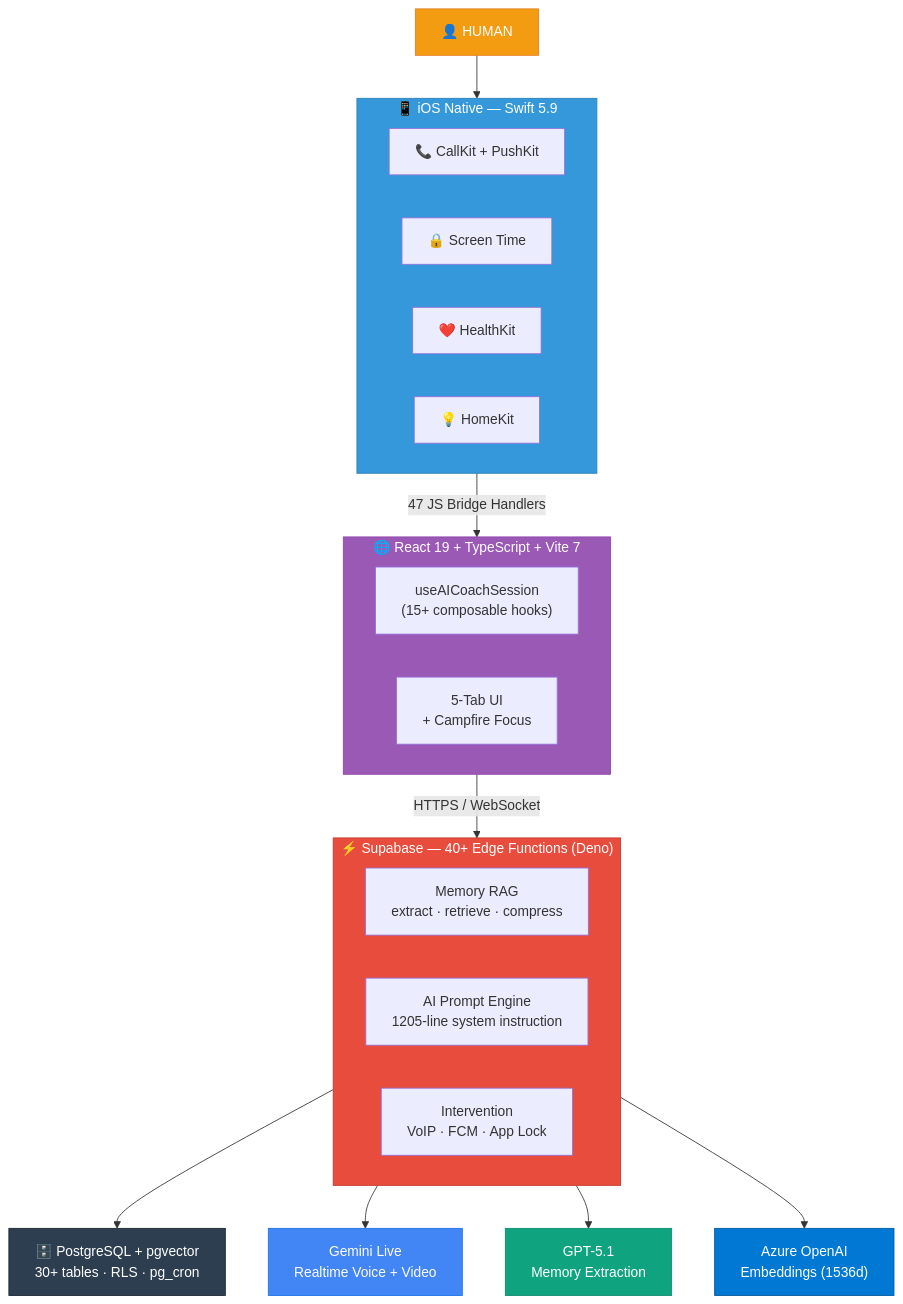
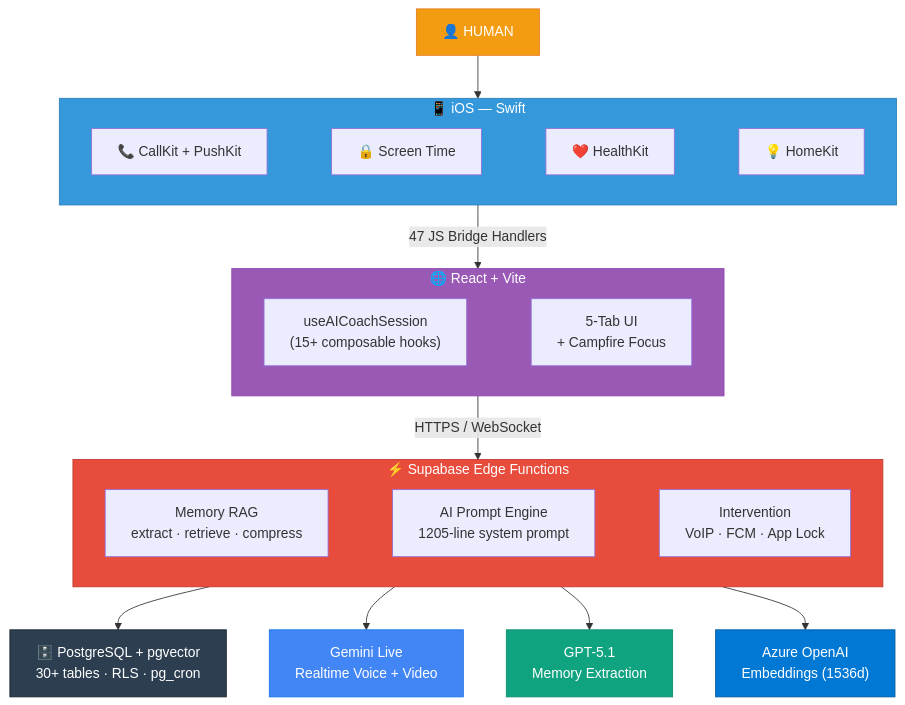
Before and after one commit to sylmmhy/Lumi: the second of 3 diagrams in README.md, drawn with Mermaid.

````diff
--- a/README.md
+++ b/README.md
@@ -52,43 +52,37 @@
 ```mermaid
 graph TD
     HUMAN["👤 HUMAN"] --> IOS
 
-    subgraph IOS["📱 iOS Native — Swift 5.9"]
+    subgraph IOS["📱 iOS — Swift"]
         direction LR
-        CK["📞 CallKit + PushKit"]
-        ST["🔒 Screen Time"]
-        HK["❤️ HealthKit"]
-        HMK["💡 HomeKit"]
+        CK["📞 CallKit + PushKit"] ~~~ ST["🔒 Screen Time"] ~~~ HK["❤️ HealthKit"] ~~~ HMK["💡 HomeKit"]
     end
 
     IOS --> |"47 JS Bridge Handlers"| WEB
 
-    subgraph WEB["🌐 React 19 + TypeScript + Vite 7"]
+    subgraph WEB["🌐 React + Vite"]
         direction LR
-        HOOKS["useAICoachSession<br/>(15+ composable hooks)"]
-        UI["5-Tab UI<br/>+ Campfire Focus"]
+        HOOKS["useAICoachSession<br/>(15+ composable hooks)"] ~~~ UI["5-Tab UI<br/>+ Campfire Focus"]
     end
 
     WEB --> |"HTTPS / WebSocket"| BACKEND
 
-    subgraph BACKEND["⚡ Supabase — 40+ Edge Functions (Deno)"]
+    subgraph BACKEND["⚡ Supabase Edge Functions"]
         direction LR
-        MEM["Memory RAG<br/>extract · retrieve · compress"]
-        PROMPT["AI Prompt Engine<br/>1205-line system instruction"]
-        PUSH["Intervention<br/>VoIP · FCM · App Lock"]
+        MEM["Memory RAG<br/>extract · retrieve · compress"] ~~~ PROMPT["AI Prompt Engine<br/>1205-line system prompt"] ~~~ PUSH["Intervention<br/>VoIP · FCM · App Lock"]
     end
 
     BACKEND --> DB["🗄️ PostgreSQL + pgvector<br/>30+ tables · RLS · pg_cron"]
     BACKEND --> GEM["Gemini Live<br/>Realtime Voice + Video"]
     BACKEND --> GPT["GPT-5.1<br/>Memory Extraction"]
     BACKEND --> AZR["Azure OpenAI<br/>Embeddings (1536d)"]
 
     style HUMAN fill:#F39C12,stroke:#E67E22,color:#fff
     style IOS fill:#3498DB,stroke:#2980B9,color:#fff
     style WEB fill:#9B59B6,stroke:#8E44AD,color:#fff
     style BACKEND fill:#E74C3C,stroke:#C0392B,color:#fff
     style DB fill:#2C3E50,stroke:#1A252F,color:#fff
     style GEM fill:#4285F4,stroke:#1A73E8,color:#fff
     style GPT fill:#10A37F,stroke:#0D8C6D,color:#fff
     style AZR fill:#0078D4,stroke:#005A9E,color:#fff
 ```
````
